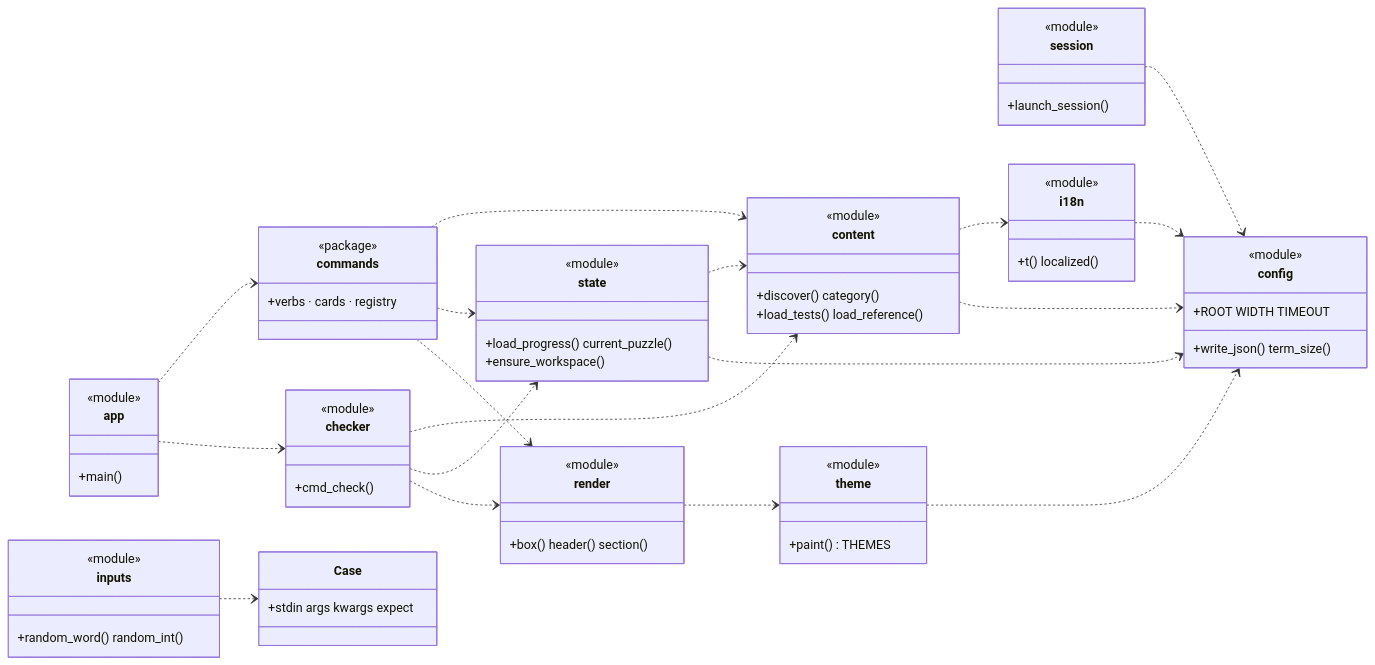
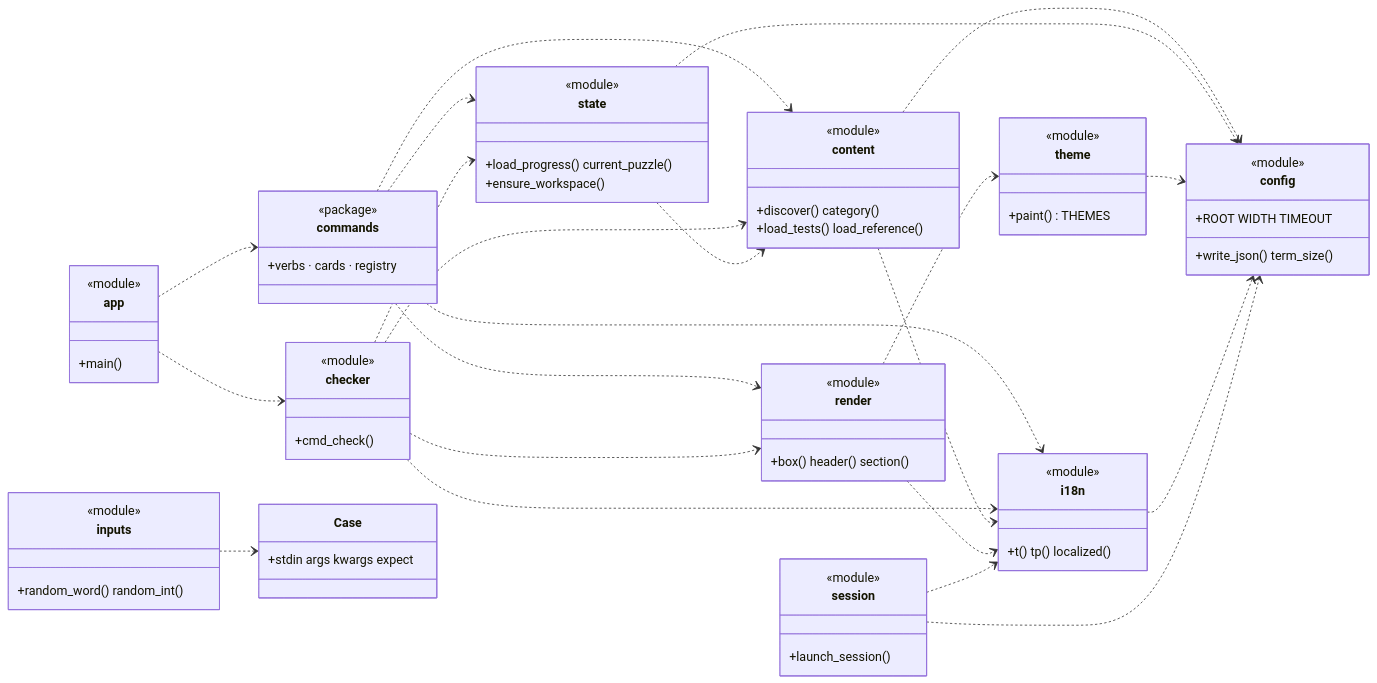
Before and after one commit to N041M/PyQuest: the first of 11 diagrams in docs/diagrams/README.md, drawn with Mermaid. The commit also changed other lines of this file and 16 other files, not shown here.

````diff
--- a/docs/diagrams/README.md
+++ b/docs/diagrams/README.md
@@ -42,71 +42,75 @@
 ```mermaid
 classDiagram
     direction LR
     class app {
         <<module>>
         +main()
     }
     class session {
         <<module>>
         +launch_session()
     }
     class commands {
         <<package>>
         +verbs · cards · registry
     }
     class checker {
         <<module>>
         +cmd_check()
     }
     class content {
         <<module>>
         +discover() category()
         +load_tests() load_reference()
     }
     class state {
         <<module>>
         +load_progress() current_puzzle()
         +ensure_workspace()
     }
     class i18n {
         <<module>>
-        +t() localized()
+        +t() tp() localized()
     }
     class inputs {
         <<module>>
         +random_word() random_int()
     }
     class Case {
         +stdin args kwargs expect
     }
     class render {
         <<module>>
         +box() header() section()
     }
     class theme {
         <<module>>
         +paint() THEMES
     }
     class config {
         <<module>>
         +write_json() term_size()
         +ROOT WIDTH TIMEOUT
     }
     app ..> commands
     app ..> checker
     commands ..> content
     commands ..> state
     commands ..> render
+    commands ..> i18n
     checker ..> content
     checker ..> state
     checker ..> render
+    checker ..> i18n
     content ..> i18n
     content ..> config
     state ..> content
     state ..> config
     render ..> theme
+    render ..> i18n
     theme ..> config
     i18n ..> config
     session ..> config
+    session ..> i18n
     inputs ..> Case
 ```
````
